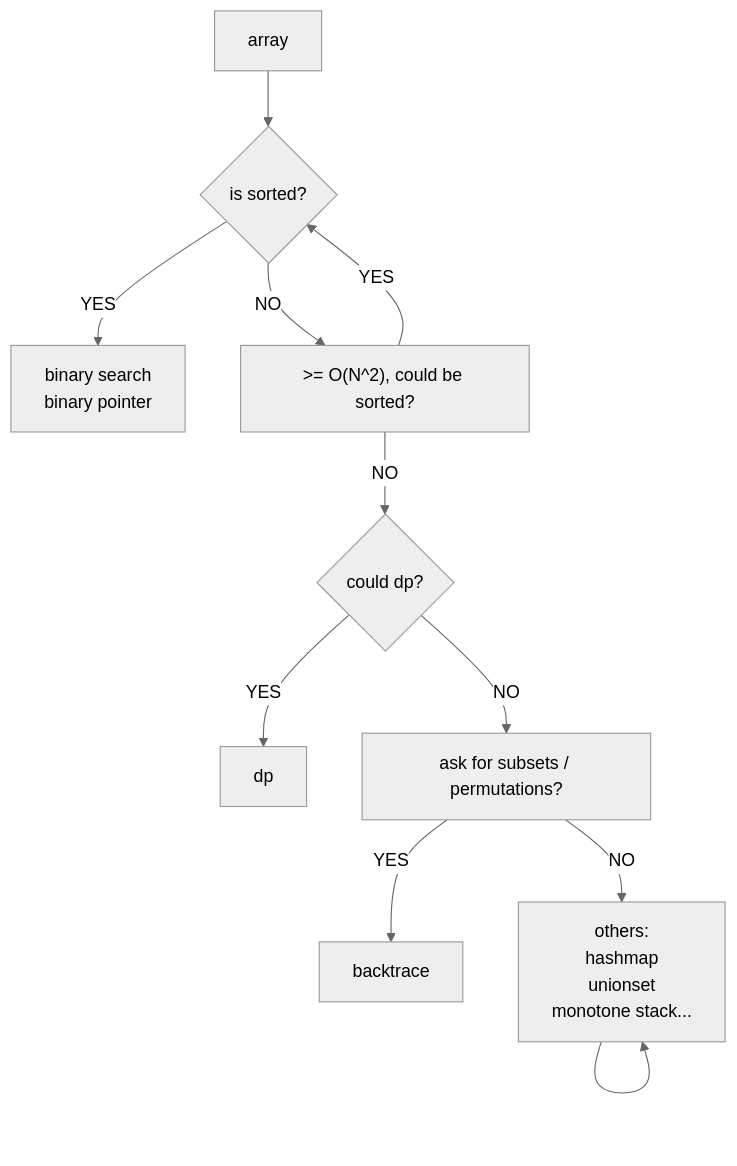
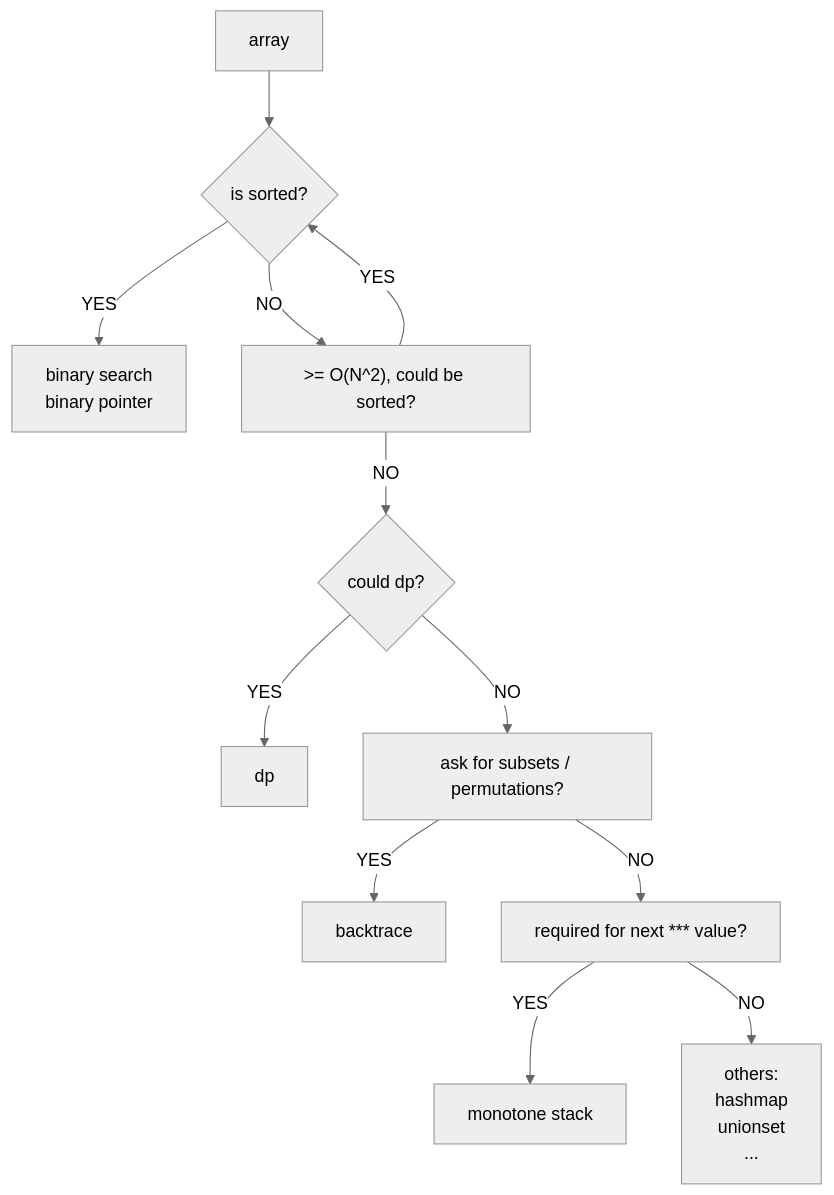
One commit to lix0x7/algorithm changed the diagram in note/thoughts.md. Above: the diagram before and after it, drawn with Mermaid (neutral theme).

Commit message:
update thoughts

````diff
--- a/note/thoughts.md
+++ b/note/thoughts.md
@@ -93,18 +93,21 @@
 ```mermaid
 flowchart TD
   a[array] --> isSorted{is sorted?}
   isSorted -- YES --> binSearch[binary search \n binary pointer]
   isSorted -- NO --> couldBeSorted[">= O(N^2), could be sorted?"]
   
   couldBeSorted -- YES --> isSorted
   couldBeSorted -- NO --> couldDp{"could dp?"}
   
   couldDp -- YES --> dp["dp"]
   couldDp -- NO --> couldBacktrace["ask for subsets / permutations?"]
   
   couldBacktrace -- YES --> backtrace["backtrace"]
-  couldBacktrace -- NO  --> xxx
+  couldBacktrace -- NO  --> couldMonoStack["required for next *** value?"]
   
-  --> xxx["others:\n hashmap\n unionset\n monotone stack..."]
+  couldMonoStack -- YES --> monoStack["monotone stack"]
+  couldMonoStack -- NO  --> xxx
+  
+  xxx["others:\n hashmap\n unionset\n..."]
   
 ```
````
